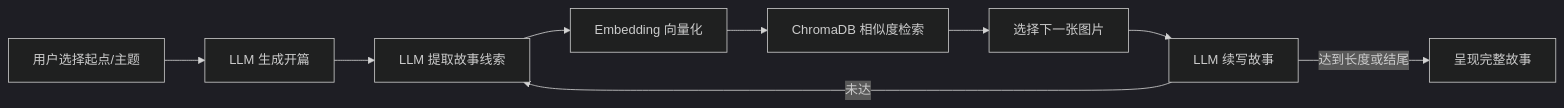
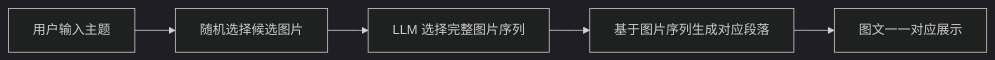
The diagram in README.md (tomtimo0/AI_Story_Weaver), drawn with Mermaid (dark theme) before and after one commit. The commit also changed other lines of this file and 7 other files, not shown here.

Commit message:
完善选图逻辑

````diff
--- a/README.md
+++ b/README.md
@@ -70,11 +69,7 @@
 ```mermaid
 flowchart LR
-    A[用户选择起点/主题] --> B[LLM 生成开篇]
-    B --> C[LLM 提取故事线索]
-    C --> D[Embedding 向量化]
-    D --> E[ChromaDB 相似度检索]
-    E --> F[选择下一张图片]
-    F --> G[LLM 续写故事]
-    G -->|达到长度或结尾| H[呈现完整故事]
-    G -->|未达| C
+    A[用户输入主题] --> B[随机选择候选图片]
+    B --> C[LLM 选择完整图片序列]
+    C --> D[基于图片序列生成对应段落]
+    D --> E[图文一一对应展示]
 ```
````
